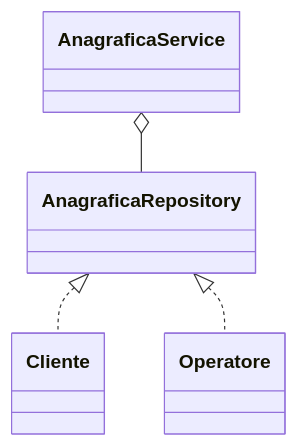
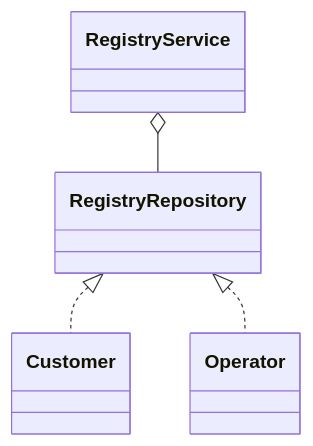
One commit to Alex-Cambrini/pss24-25-WasteMaster-Cambrini-Ferrari-Ragazzini changed the third of 8 diagrams in README.md. Above: the diagram before and after it, drawn with Mermaid. The commit also changed other lines of this file, not shown here.

````diff
--- a/README.md
+++ b/README.md
@@ -130,10 +131,10 @@
 ```mermaid
 classDiagram
-    interface AnagraficaRepository
-    class Cliente
-    class Operatore
-    class AnagraficaService
-    AnagraficaService o-- AnagraficaRepository
-    AnagraficaRepository <|.. Cliente
-    AnagraficaRepository <|.. Operatore
+    interface RegistryRepository
+    class Customer
+    class Operator
+    class RegistryService
+    RegistryService o-- RegistryRepository
+    RegistryRepository <|.. Customer
+    RegistryRepository <|.. Operator
 ```
````
